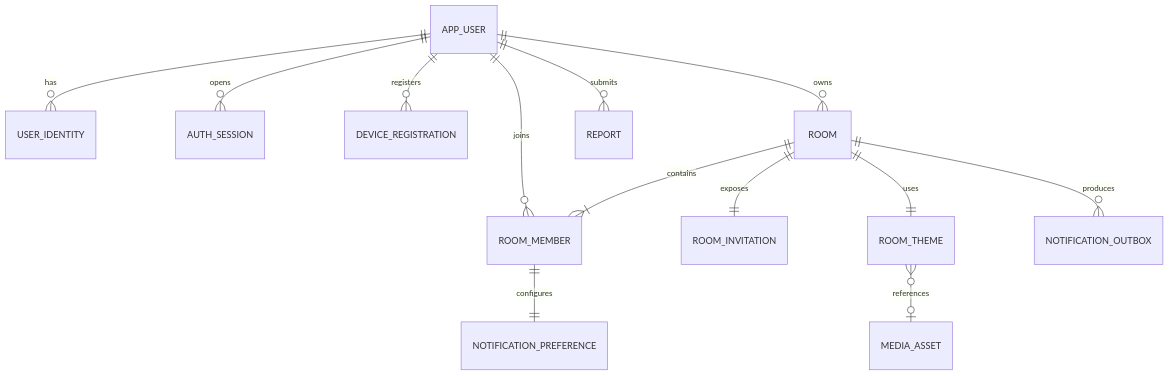
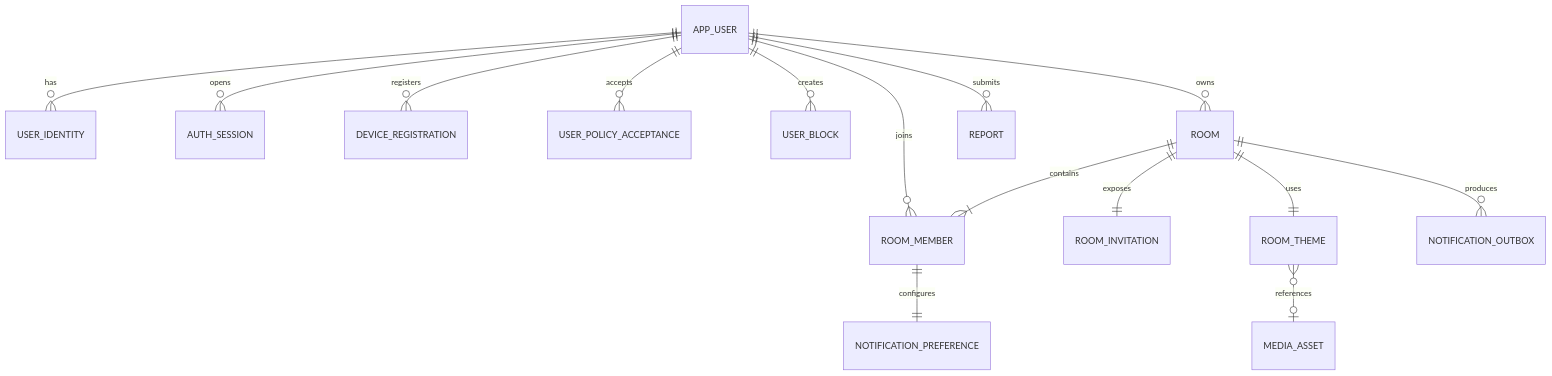
Before and after one commit to cosmoimai/Hyped: the first of 2 diagrams in docs/06-database-design.md, drawn with Mermaid. The commit also changed other lines of this file, not shown here.

````diff
--- a/docs/06-database-design.md
+++ b/docs/06-database-design.md
@@ -97,15 +99,17 @@
 ```mermaid
 erDiagram
     APP_USER ||--o{ USER_IDENTITY : has
     APP_USER ||--o{ AUTH_SESSION : opens
     APP_USER ||--o{ DEVICE_REGISTRATION : registers
+    APP_USER ||--o{ USER_POLICY_ACCEPTANCE : accepts
+    APP_USER ||--o{ USER_BLOCK : creates
     APP_USER ||--o{ ROOM : owns
     APP_USER ||--o{ ROOM_MEMBER : joins
     ROOM ||--|{ ROOM_MEMBER : contains
     ROOM ||--|| ROOM_INVITATION : exposes
     ROOM ||--|| ROOM_THEME : uses
     ROOM_THEME }o--o| MEDIA_ASSET : references
     ROOM_MEMBER ||--|| NOTIFICATION_PREFERENCE : configures
     ROOM ||--o{ NOTIFICATION_OUTBOX : produces
     APP_USER ||--o{ REPORT : submits
 ```
````
